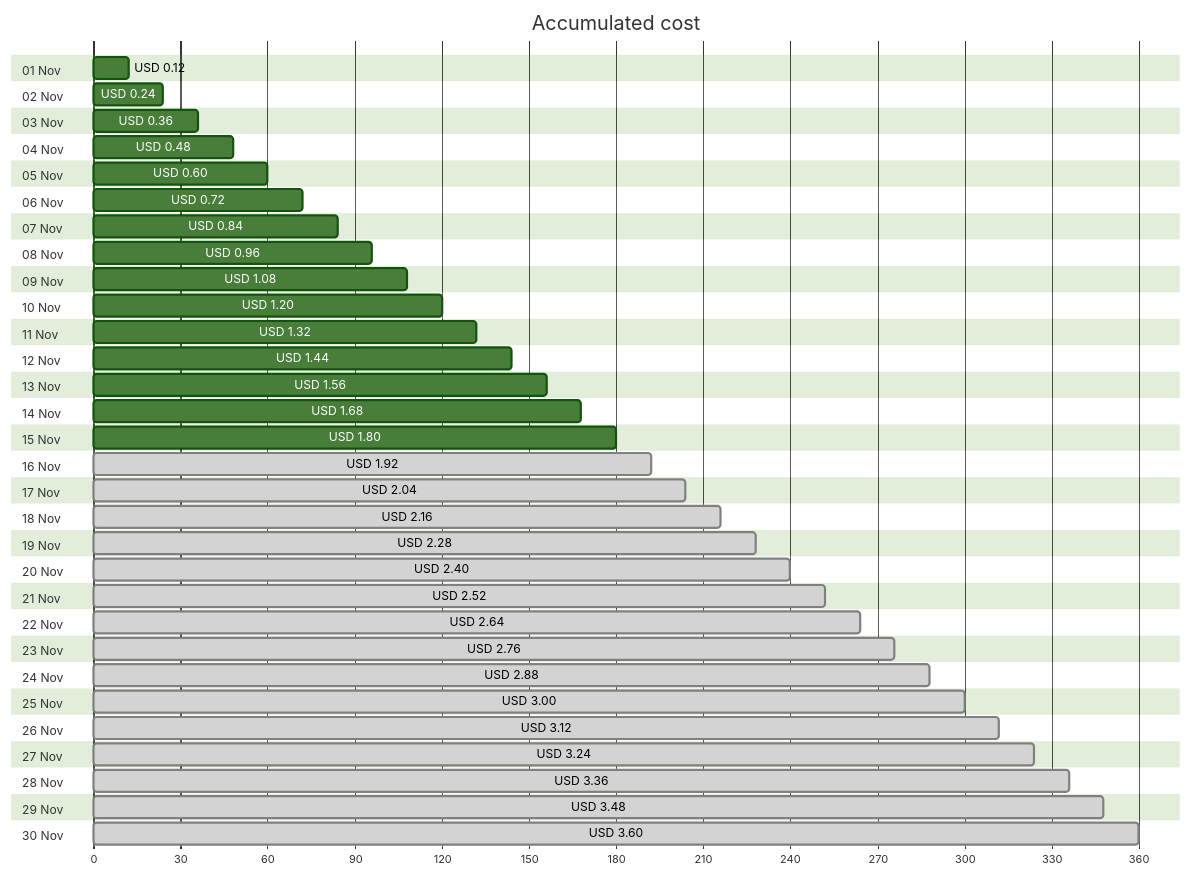
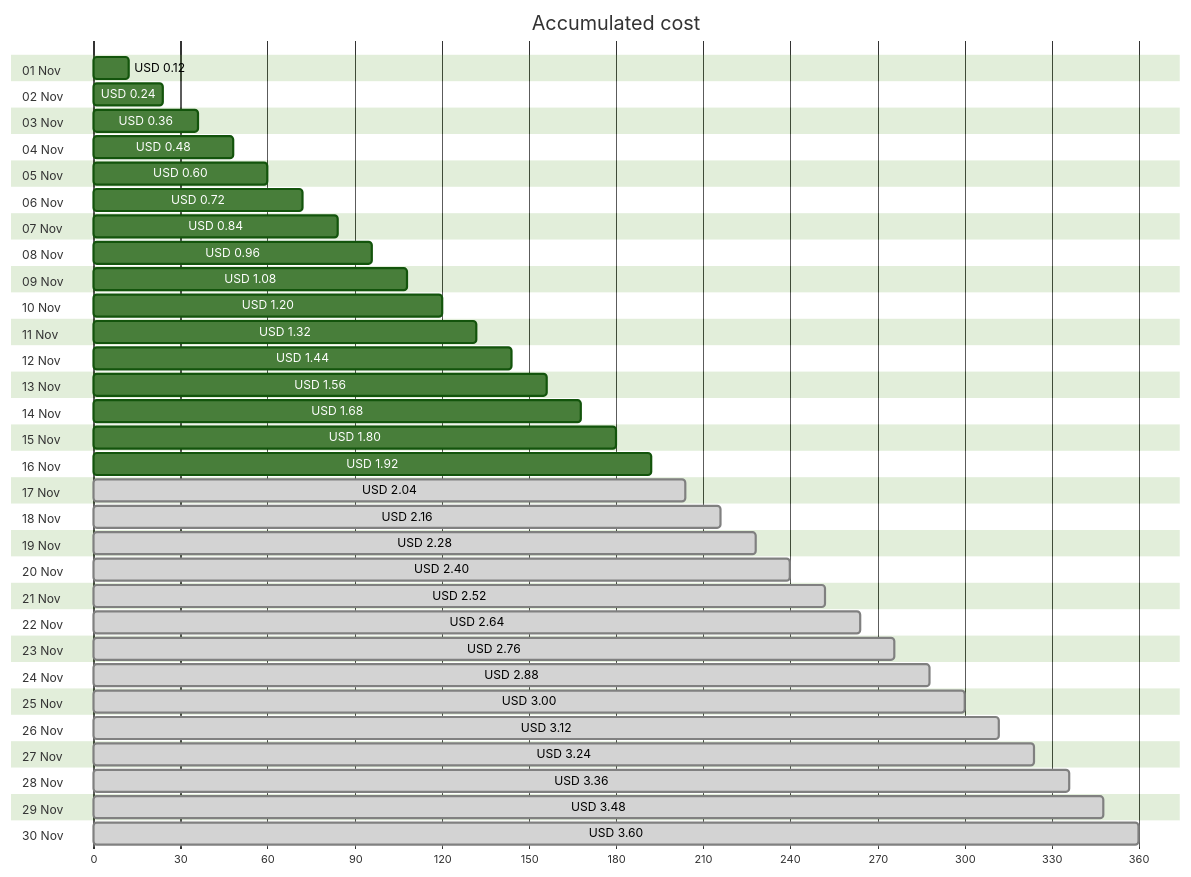
Before and after one commit to jpfulton/azure-personal-reports: the first of 4 diagrams in cost-reports/personal-network/backup-server-public-ip.md, drawn with Mermaid (forest theme). The commit also changed other lines of this file and 8 other files, not shown here.

````diff
--- a/cost-reports/personal-network/backup-server-public-ip.md
+++ b/cost-reports/personal-network/backup-server-public-ip.md
@@ -20,66 +20,66 @@
 ```mermaid
 gantt
    title Accumulated cost
    dateFormat  X
    axisFormat %s
    section 01 Nov
    USD 0.12 :0, 12
    section 02 Nov
    USD 0.24 :0, 24
    section 03 Nov
    USD 0.36 :0, 36
    section 04 Nov
    USD 0.48 :0, 48
    section 05 Nov
    USD 0.60 :0, 60
    section 06 Nov
    USD 0.72 :0, 72
    section 07 Nov
    USD 0.84 :0, 84
    section 08 Nov
    USD 0.96 :0, 96
    section 09 Nov
    USD 1.08 :0, 108
    section 10 Nov
    USD 1.20 :0, 120
    section 11 Nov
    USD 1.32 :0, 132
    section 12 Nov
    USD 1.44 :0, 144
    section 13 Nov
    USD 1.56 :0, 156
    section 14 Nov
    USD 1.68 :0, 168
    section 15 Nov
    USD 1.80 :0, 180
    section 16 Nov
-   USD 1.92 : done, 0, 192
+   USD 1.92 :0, 192
    section 17 Nov
    USD 2.04 : done, 0, 204
    section 18 Nov
    USD 2.16 : done, 0, 216
    section 19 Nov
    USD 2.28 : done, 0, 228
    section 20 Nov
    USD 2.40 : done, 0, 240
    section 21 Nov
    USD 2.52 : done, 0, 252
    section 22 Nov
    USD 2.64 : done, 0, 264
    section 23 Nov
    USD 2.76 : done, 0, 276
    section 24 Nov
    USD 2.88 : done, 0, 288
    section 25 Nov
    USD 3.00 : done, 0, 300
    section 26 Nov
    USD 3.12 : done, 0, 312
    section 27 Nov
    USD 3.24 : done, 0, 324
    section 28 Nov
    USD 3.36 : done, 0, 336
    section 29 Nov
    USD 3.48 : done, 0, 348
    section 30 Nov
    USD 3.60 : done, 0, 360
 ```
````
